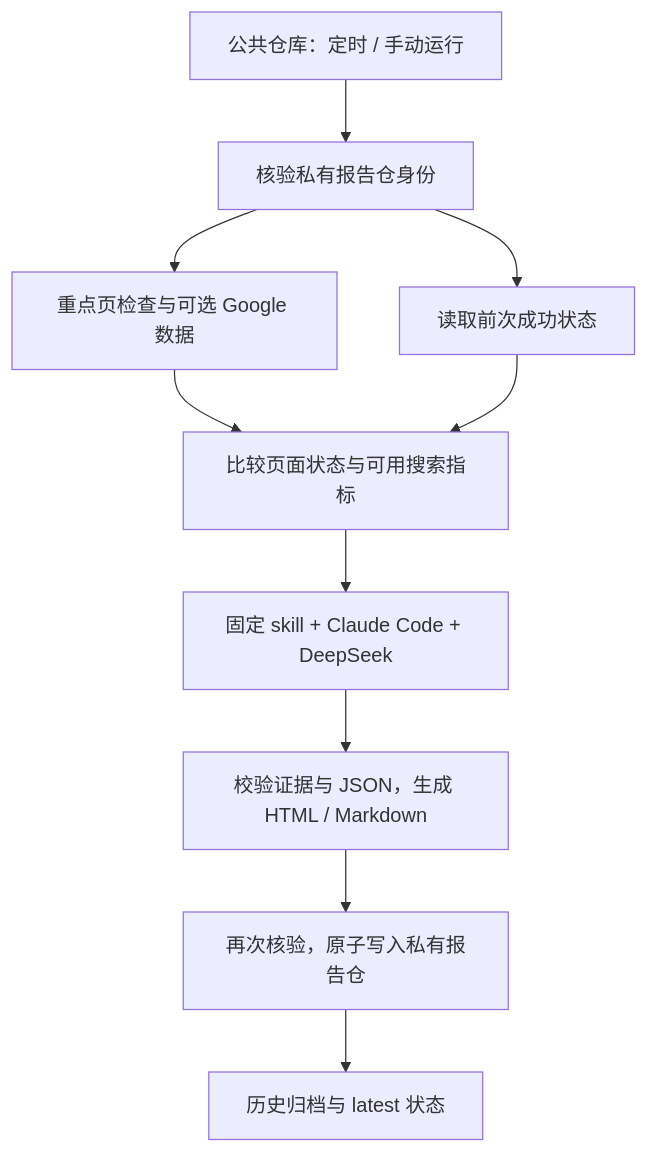
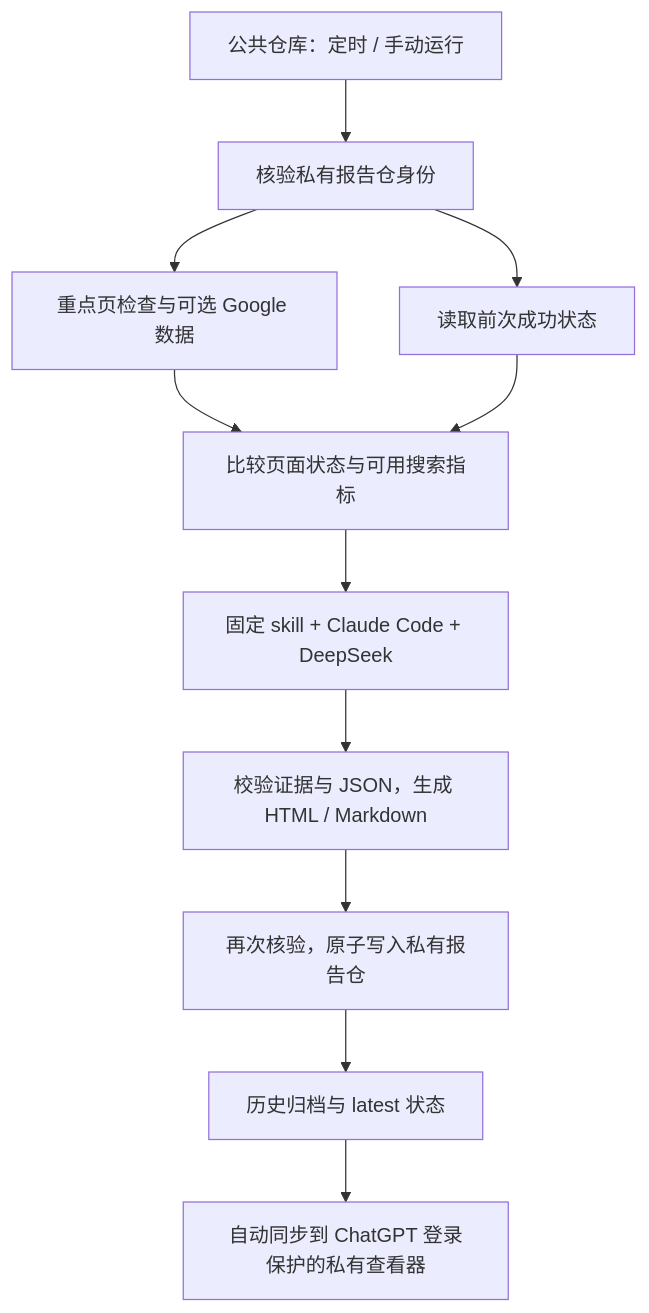
The diagram in README.md (gchust/nocobase-growth), drawn with Mermaid before and after one commit. The commit also changed other lines of this file and 64 other files, not shown here.

````diff
--- a/README.md
+++ b/README.md
@@ -15,12 +21,13 @@
 ```mermaid
 flowchart TD
   A["公共仓库：定时 / 手动运行"] --> B["核验私有报告仓身份"]
   B --> C["重点页检查与可选 Google 数据"]
   B --> D["读取前次成功状态"]
   C --> E["比较页面状态与可用搜索指标"]
   D --> E
   E --> F["固定 skill + Claude Code + DeepSeek"]
   F --> G["校验证据与 JSON，生成 HTML / Markdown"]
   G --> H["再次核验，原子写入私有报告仓"]
   H --> I["历史归档与 latest 状态"]
+  I --> J["自动同步到 ChatGPT 登录保护的私有查看器"]
 ```
````
